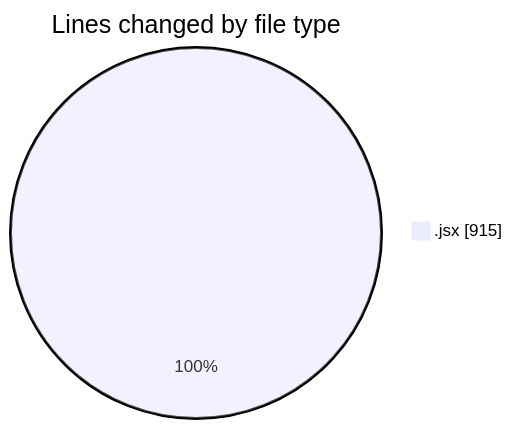
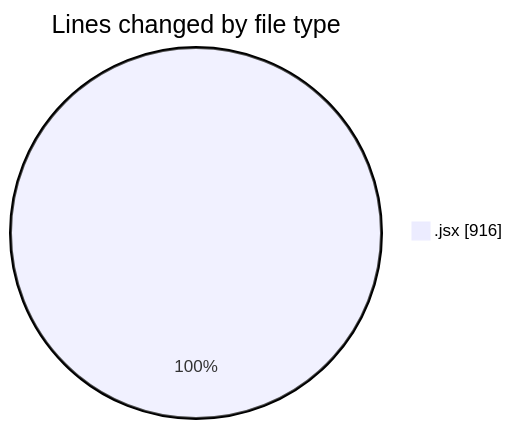
The first of 2 diagrams in 2025-05-12/argos-dev/README.md (nxtqubesakshisongat/code-tracking), drawn with Mermaid before and after one commit. The commit also changed other lines of this file and 1 other file, not shown here.

````diff
--- a/2025-05-12/argos-dev/README.md
+++ b/2025-05-12/argos-dev/README.md
@@ -20,5 +20,5 @@
 ```mermaid
 pie showData
 title Lines changed by file type
-".jsx" : 915
+".jsx" : 916
 ```
````
